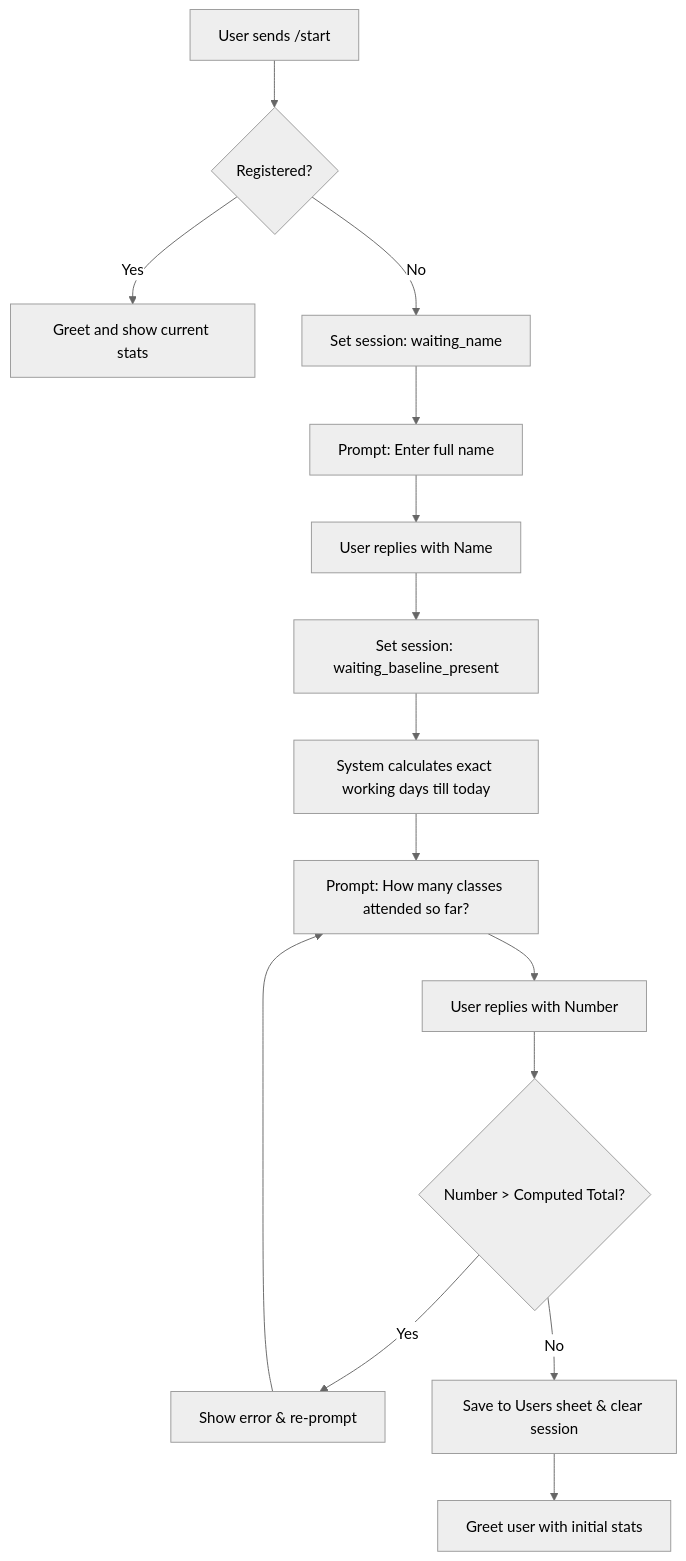
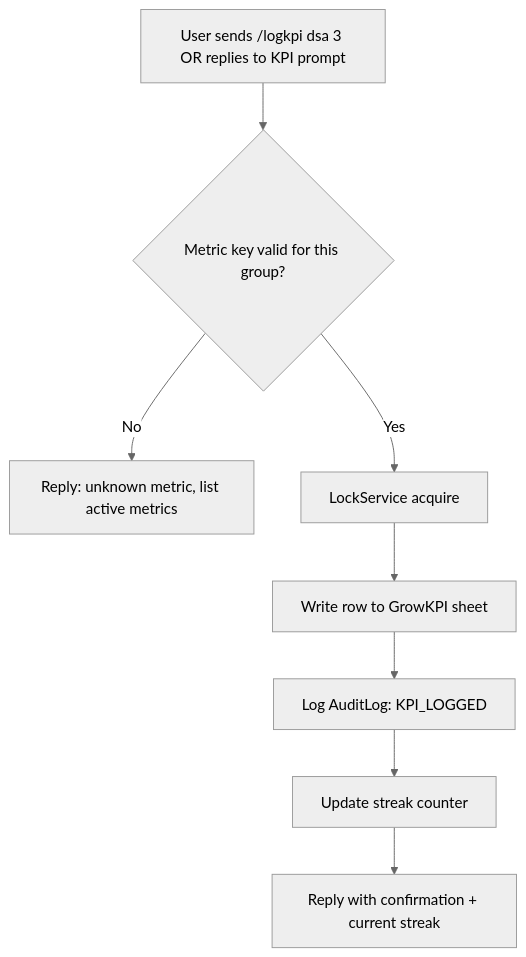
Before and after one commit to SriRamCharan-dev/AttendBuddy: the first of 3 diagrams in PRD.md, drawn with Mermaid (neutral theme). The commit also changed other lines of this file and 8 other files, not shown here.

Commit message:
Feat: Implement AttendBuddy v2 (GrowKPI + NL Agent)

````diff
--- a/PRD.md
+++ b/PRD.md
@@ -43,17 +74,10 @@
 ```mermaid
 flowchart TD
-    Start[User sends /start] --> Check{Registered?}
-    Check -- Yes --> Greet[Greet and show current stats]
-    Check -- No --> S1[Set session: waiting_name]
-    S1 --> AskName[Prompt: Enter full name]
-    AskName --> WaitName[User replies with Name]
-    WaitName --> S2[Set session: waiting_baseline_present]
-    S2 --> CalcTotal[System calculates exact working days till today]
-    CalcTotal --> AskPres[Prompt: How many classes attended so far?]
-    AskPres --> WaitPres[User replies with Number]
-    WaitPres --> Verify{Number > Computed Total?}
-    Verify -- Yes --> Err[Show error & re-prompt]
-    Err --> AskPres
-    Verify -- No --> Save[Save to Users sheet & clear session]
-    Save --> Success[Greet user with initial stats]
+    A[User sends /logkpi dsa 3 OR replies to KPI prompt] --> B{Metric key valid for this group?}
+    B -- No --> C[Reply: unknown metric, list active metrics]
+    B -- Yes --> D[LockService acquire]
+    D --> E[Write row to GrowKPI sheet]
+    E --> F[Log AuditLog: KPI_LOGGED]
+    F --> G[Update streak counter]
+    G --> H[Reply with confirmation + current streak]
 ```
````
